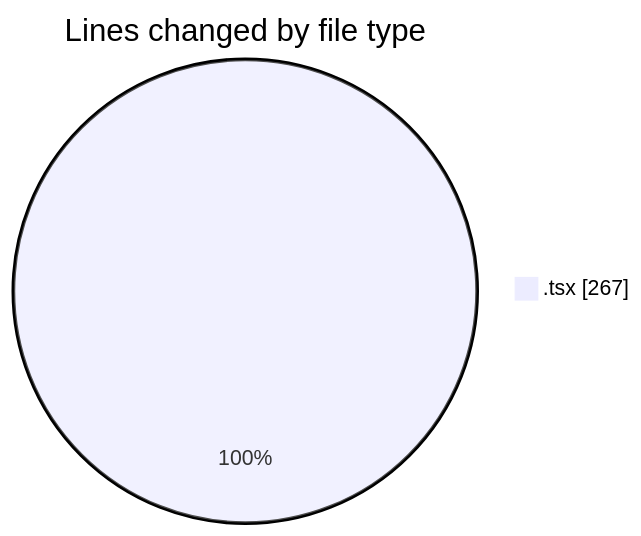
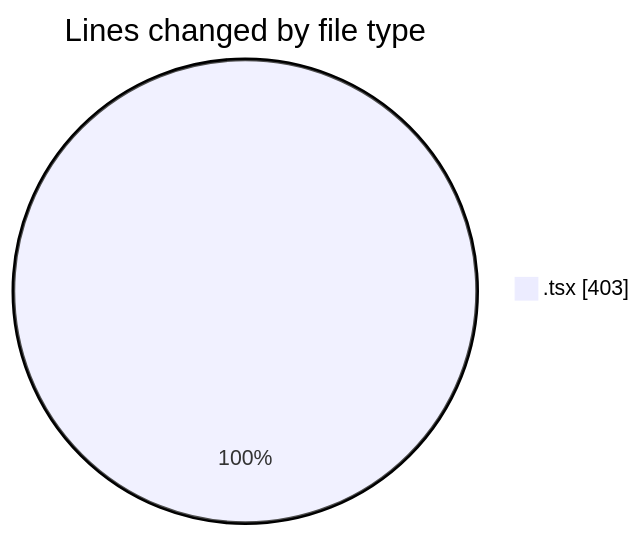
One commit to Elitesun/code-tracking changed the first of 2 diagrams in 2025-05-07/niten/README.md. Above: the diagram before and after it, drawn with Mermaid. The commit also changed other lines of this file and 1 other file, not shown here.

````diff
--- a/2025-05-07/niten/README.md
+++ b/2025-05-07/niten/README.md
@@ -23,5 +25,5 @@
 ```mermaid
 pie showData
 title Lines changed by file type
-".tsx" : 267
+".tsx" : 403
 ```
````
